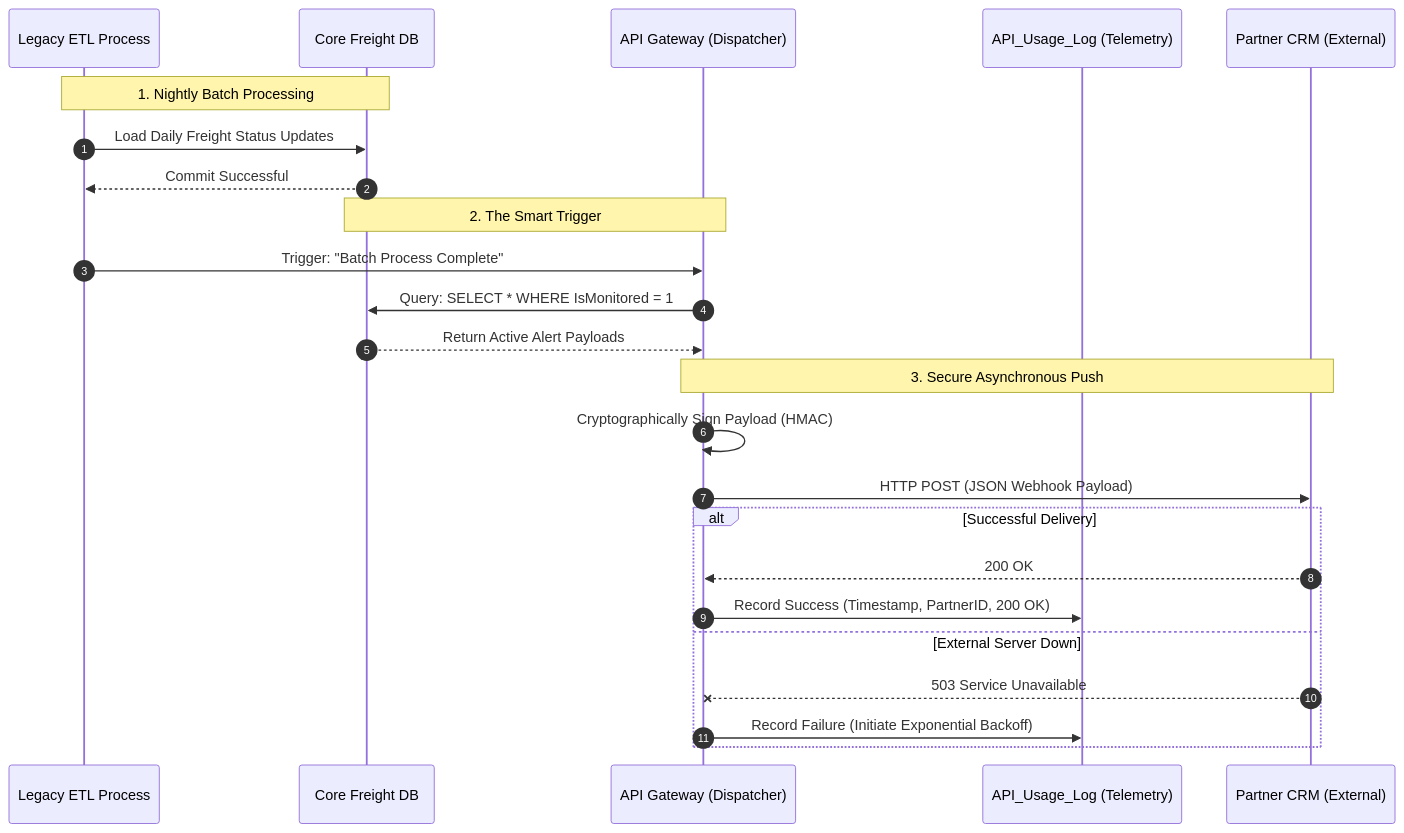
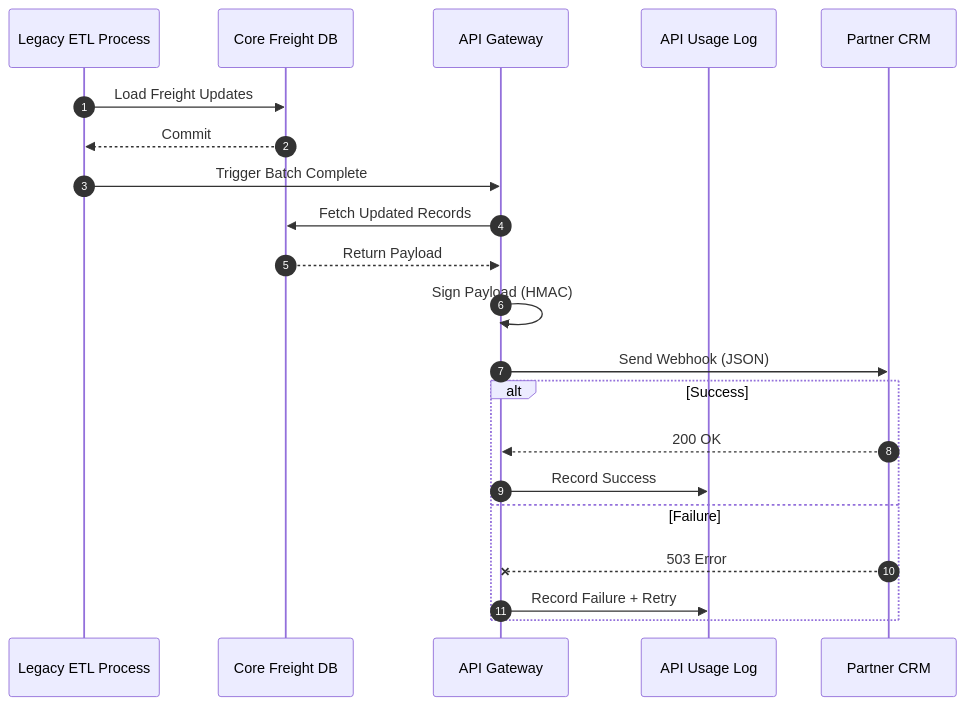
One commit to Mohammed-Alrawaf/System-Architecture-Dojo changed the diagram in Scenarios/API-Architecture-and-Integrations/01-Real-Time-Alert-Gateway-Blueprint.md. Above: the diagram before and after it, drawn with Mermaid. The commit also changed other lines of this file, not shown here.

````diff
--- a/Scenarios/API-Architecture-and-Integrations/01-Real-Time-Alert-Gateway-Blueprint.md
+++ b/Scenarios/API-Architecture-and-Integrations/01-Real-Time-Alert-Gateway-Blueprint.md
@@ -77,30 +161,27 @@
 ```mermaid
 sequenceDiagram
     autonumber
     participant ETL as Legacy ETL Process
     participant DB as Core Freight DB
-    participant GW as API Gateway (Dispatcher)
-    participant Log as API_Usage_Log (Telemetry)
-    participant B2B as Partner CRM (External)
+    participant GW as API Gateway
+    participant Log as API Usage Log
+    participant B2B as Partner CRM
 
-    Note over ETL, DB: 1. Nightly Batch Processing
-    ETL->>DB: Load Daily Freight Status Updates
-    DB-->>ETL: Commit Successful
-    
-    Note over DB, GW: 2. The Smart Trigger
-    ETL->>GW: Trigger: "Batch Process Complete"
-    GW->>DB: Query: SELECT * WHERE IsMonitored = 1
-    DB-->>GW: Return Active Alert Payloads
-    
-    Note over GW, B2B: 3. Secure Asynchronous Push
-    GW->>GW: Cryptographically Sign Payload (HMAC)
-    GW->>B2B: HTTP POST (JSON Webhook Payload)
-    
-    alt Successful Delivery
+    ETL->>DB: Load Freight Updates
+    DB-->>ETL: Commit
+
+    ETL->>GW: Trigger Batch Complete
+    GW->>DB: Fetch Updated Records
+    DB-->>GW: Return Payload
+
+    GW->>GW: Sign Payload (HMAC)
+    GW->>B2B: Send Webhook (JSON)
+
+    alt Success
         B2B-->>GW: 200 OK
-        GW->>Log: Record Success (Timestamp, PartnerID, 200 OK)
-    else External Server Down
-        B2B--xGW: 503 Service Unavailable
-        GW->>Log: Record Failure (Initiate Exponential Backoff)
+        GW->>Log: Record Success
+    else Failure
+        B2B--xGW: 503 Error
+        GW->>Log: Record Failure + Retry
     end
 ```
````
